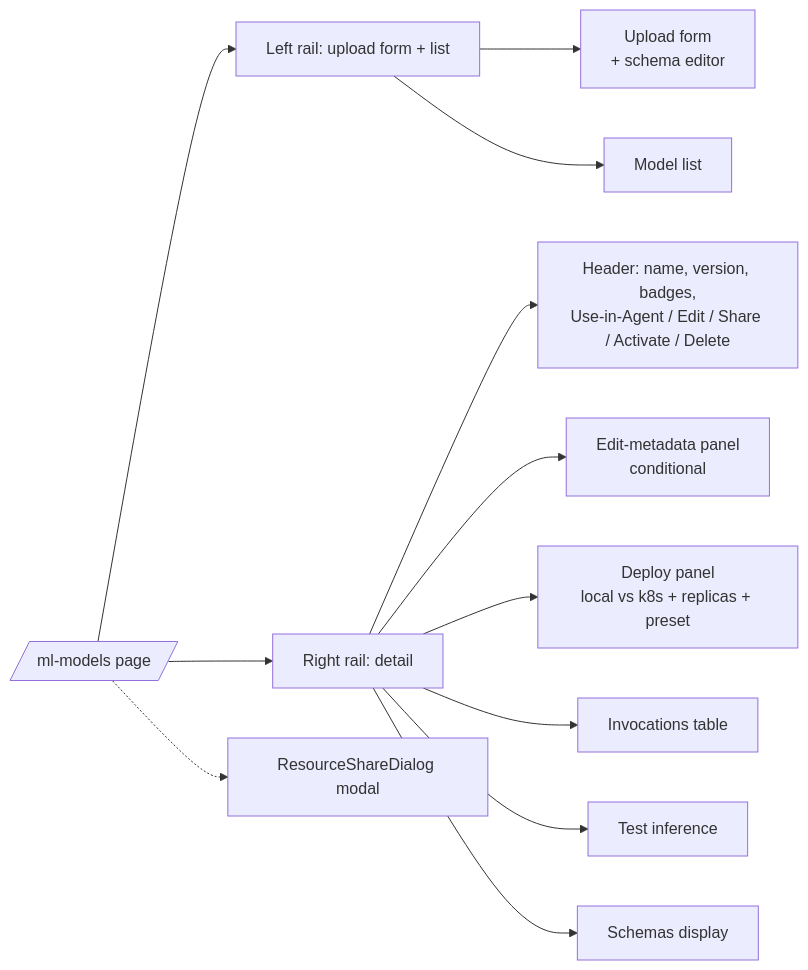
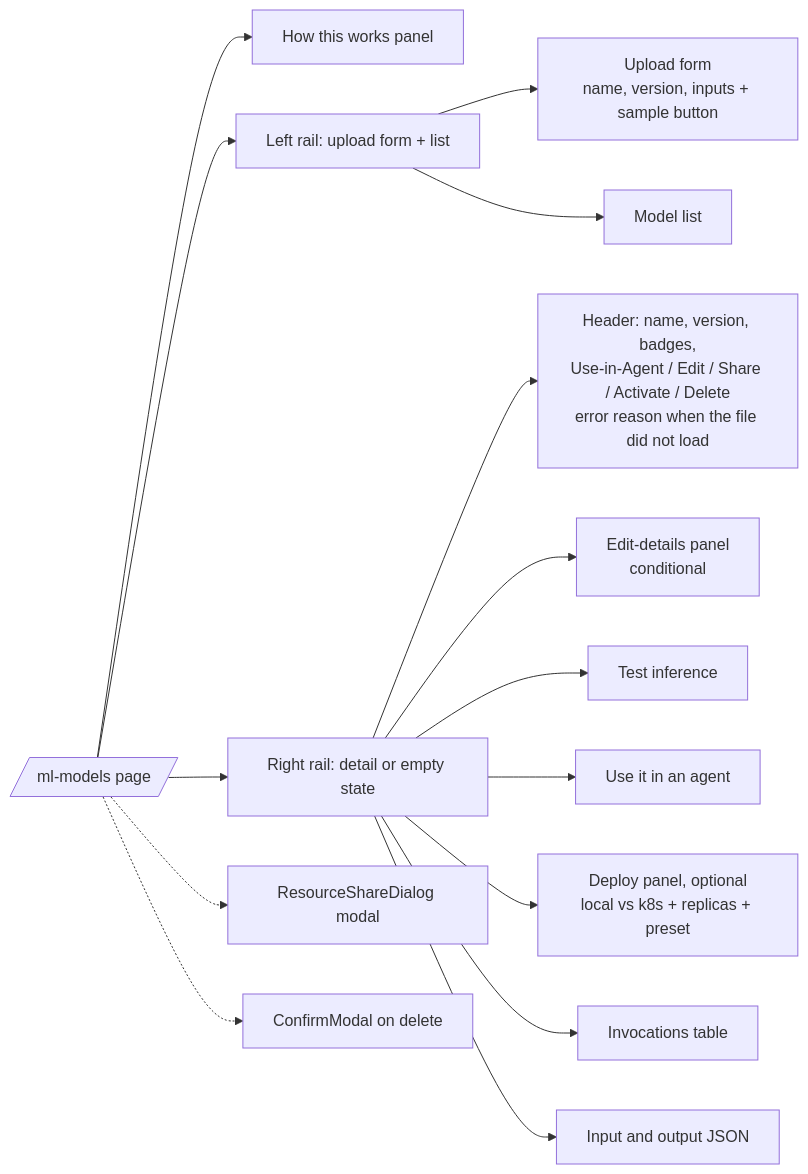
The diagram in apps/web/public/dev-docs/05-ui/03-page-catalogue.md (sarkar4777/abenix), drawn with Mermaid before and after one commit. The commit also changed other lines of this file and 122 other files, not shown here.

````diff
--- a/apps/web/public/dev-docs/05-ui/03-page-catalogue.md
+++ b/apps/web/public/dev-docs/05-ui/03-page-catalogue.md
@@ -260,17 +260,20 @@
 ```mermaid
 flowchart LR
-  P[/ml-models page/] --> L[Left rail: upload form + list]
-  P --> R[Right rail: detail]
+  P[/ml-models page/] --> HW[How this works panel]
+  P --> L[Left rail: upload form + list]
+  P --> R[Right rail: detail or empty state]
 
-  L --> U[Upload form<br/>+ schema editor]
+  L --> U[Upload form<br/>name, version, inputs + sample button]
   L --> Li[Model list]
 
-  R --> H[Header: name, version, badges,<br/>Use-in-Agent / Edit / Share / Activate / Delete]
-  R --> E[Edit-metadata panel<br/>conditional]
-  R --> D[Deploy panel<br/>local vs k8s + replicas + preset]
+  R --> H[Header: name, version, badges,<br/>Use-in-Agent / Edit / Share / Activate / Delete<br/>error reason when the file did not load]
+  R --> E[Edit-details panel<br/>conditional]
+  R --> T[Test inference]
+  R --> UA[Use it in an agent]
+  R --> D[Deploy panel, optional<br/>local vs k8s + replicas + preset]
   R --> I[Invocations table]
-  R --> T[Test inference]
-  R --> S[Schemas display]
+  R --> S[Input and output JSON]
 
   P -.-> Sh[ResourceShareDialog modal]
+  P -.-> C[ConfirmModal on delete]
 ```
````
